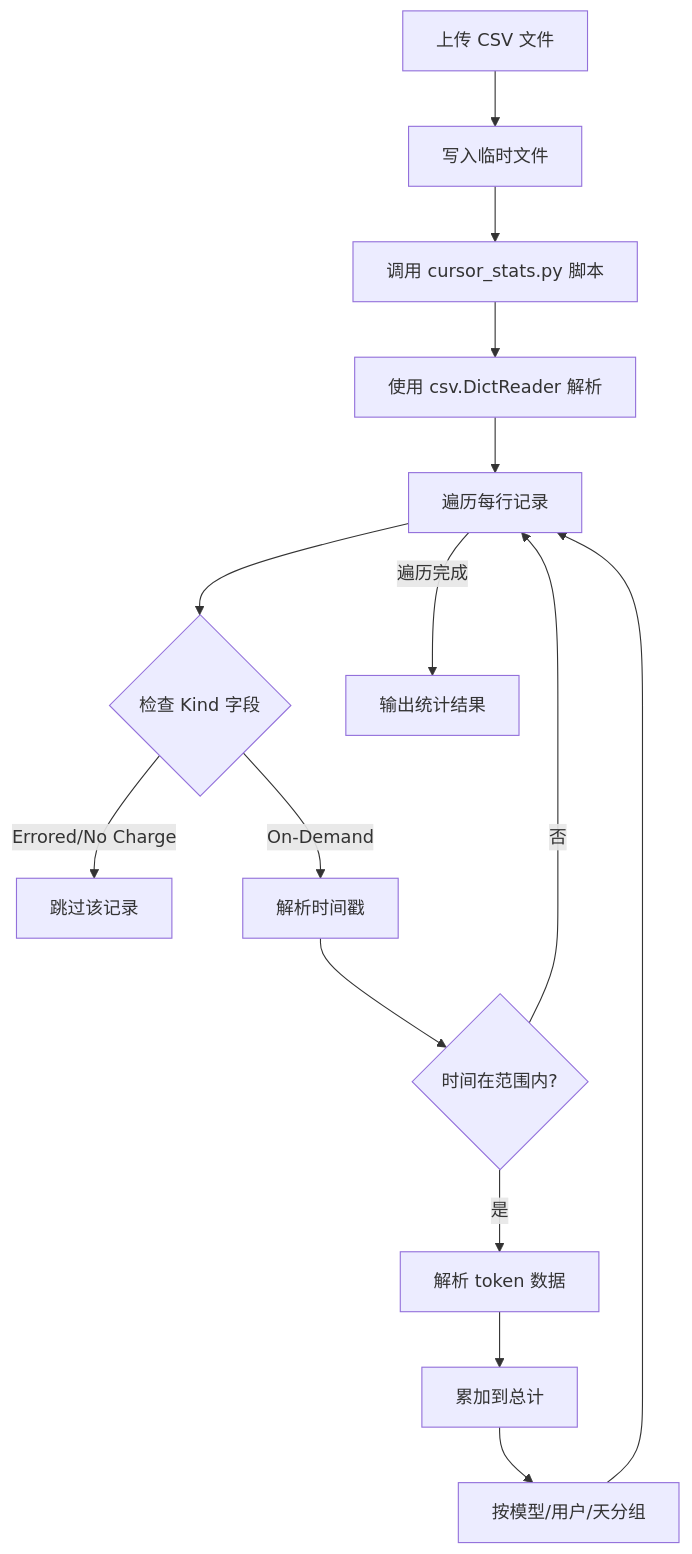
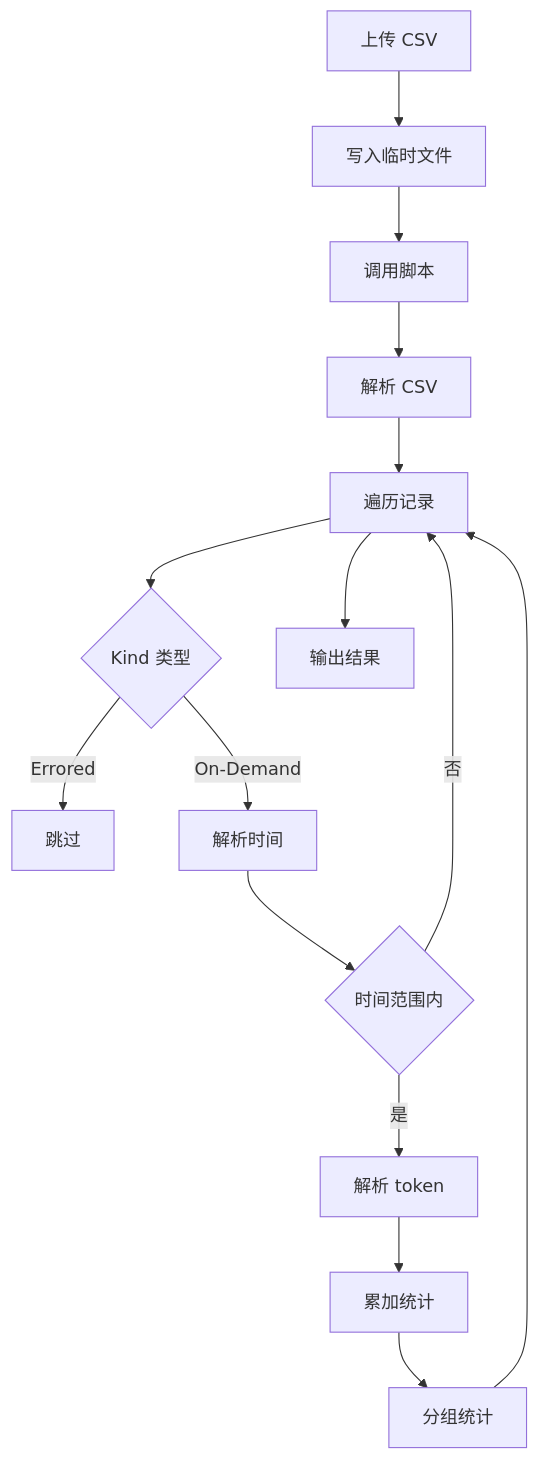
One commit to Momoyeyu/token-usage changed the second of 3 diagrams in docs/stats-calculation.md. Above: the diagram before and after it, drawn with Mermaid. The commit also changed other lines of this file and 1 other file, not shown here.

````diff
--- a/docs/stats-calculation.md
+++ b/docs/stats-calculation.md
@@ -149,17 +149,17 @@
 ```mermaid
 flowchart TD
-    A[上传 CSV 文件] --> B[写入临时文件]
-    B --> C[调用 cursor_stats.py 脚本]
-    C --> D[使用 csv.DictReader 解析]
-    D --> E[遍历每行记录]
-    E --> F{检查 Kind 字段}
-    F -->|Errored/No Charge| G[跳过该记录]
-    F -->|On-Demand| H[解析时间戳]
-    H --> I{时间在范围内?}
+    A[上传 CSV] --> B[写入临时文件]
+    B --> C[调用脚本]
+    C --> D[解析 CSV]
+    D --> E[遍历记录]
+    E --> F{Kind 类型}
+    F -->|Errored| G[跳过]
+    F -->|On-Demand| H[解析时间]
+    H --> I{时间范围内}
     I -->|否| E
-    I -->|是| J[解析 token 数据]
-    J --> K[累加到总计]
-    K --> L[按模型/用户/天分组]
+    I -->|是| J[解析 token]
+    J --> K[累加统计]
+    K --> L[分组统计]
     L --> E
-    E -->|遍历完成| M[输出统计结果]
+    E --> M[输出结果]
 ```
````
